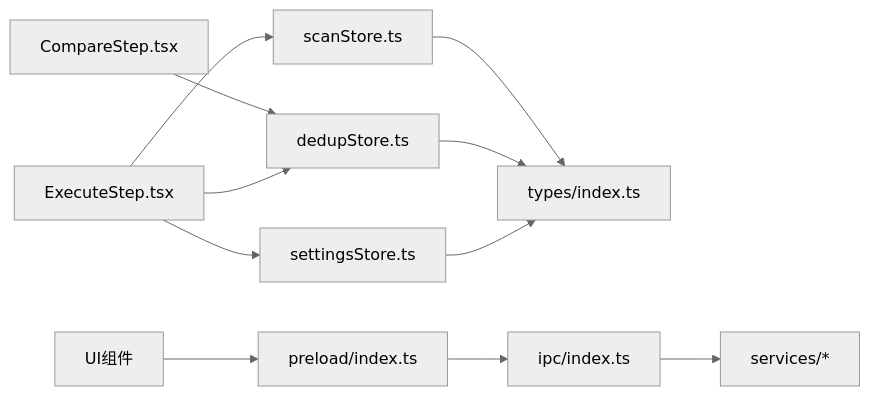
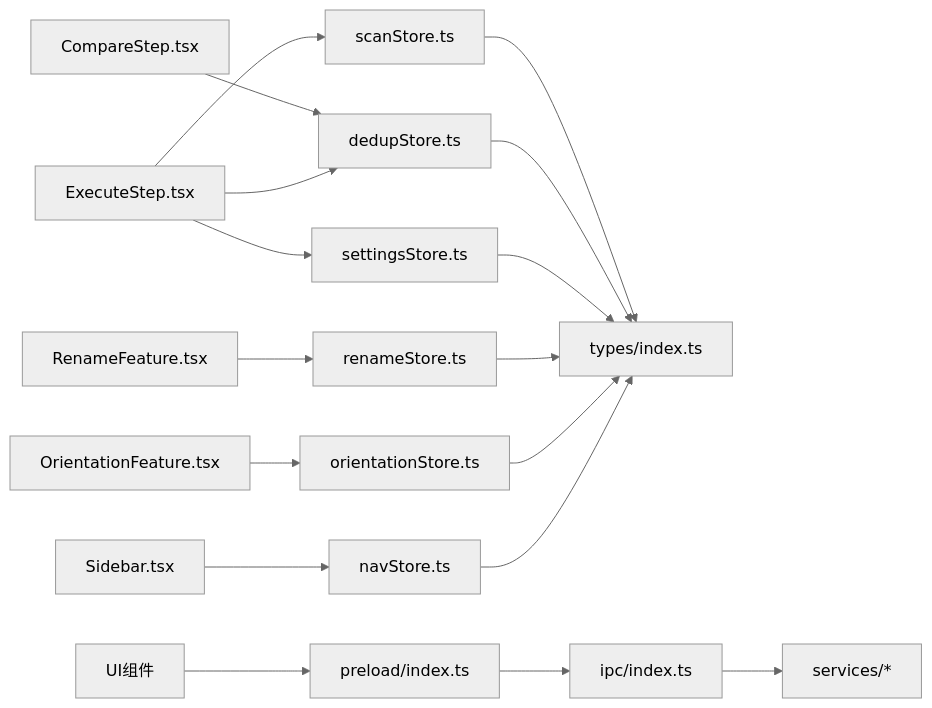
One commit to remgasuki/ReDoPhoto changed the ninth of 10 diagrams in .qoder/repowiki/zh/content/用户界面系统/状态管理系统.md. Above: the diagram before and after it, drawn with Mermaid (neutral theme). The commit also changed other lines of this file and 10 other files, not shown here.

````diff
--- a/.qoder/repowiki/zh/content/用户界面系统/状态管理系统.md
+++ b/.qoder/repowiki/zh/content/用户界面系统/状态管理系统.md
@@ -264,13 +401,19 @@
 ```mermaid
 graph LR
 CS["CompareStep.tsx"] --> DS["dedupStore.ts"]
 ES["ExecuteStep.tsx"] --> SS["scanStore.ts"]
 ES --> DS
 ES --> SETS["settingsStore.ts"]
+RF["RenameFeature.tsx"] --> RS["renameStore.ts"]
+OF["OrientationFeature.tsx"] --> OS["orientationStore.ts"]
+SB["Sidebar.tsx"] --> NS["navStore.ts"]
 SS --> TS["types/index.ts"]
 DS --> TS
 SETS --> TS
+RS --> TS
+OS --> TS
+NS --> TS
 UI["UI组件"] --> IPC["preload/index.ts"]
 IPC --> MP["ipc/index.ts"]
 MP --> SVC["services/*"]
 ```
````
